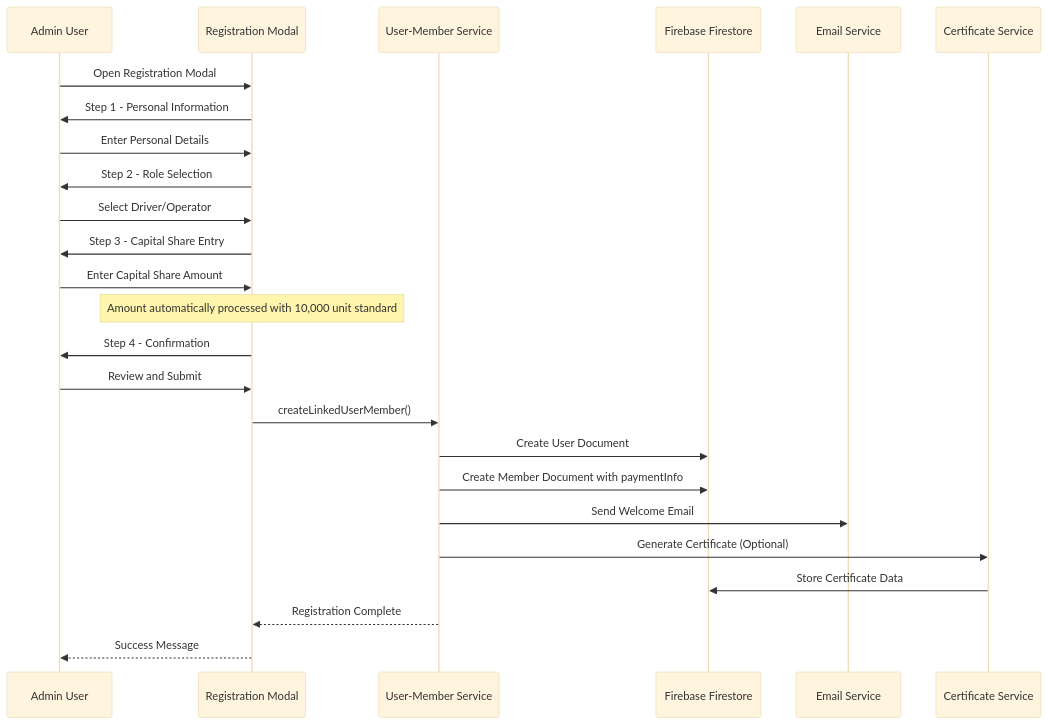
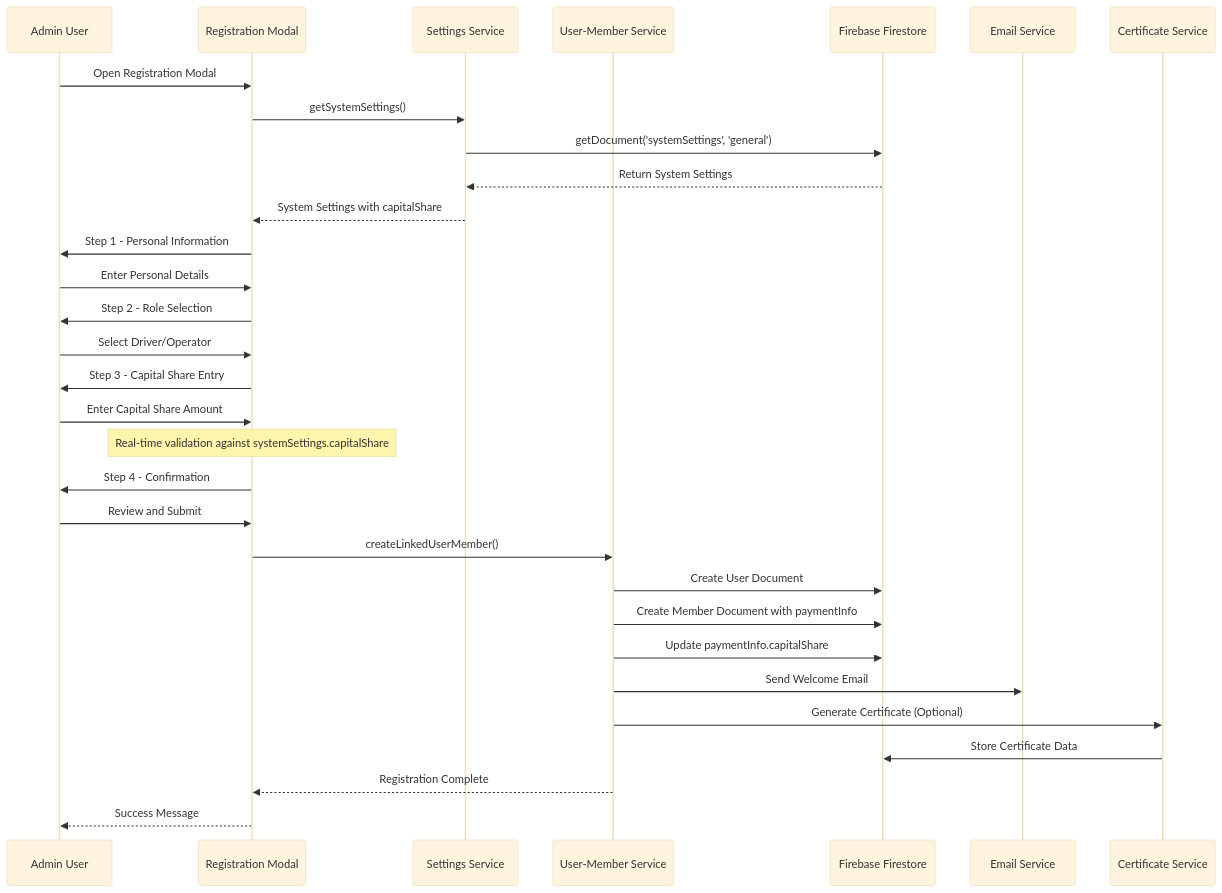
One commit to Unsure-bry/sampacoop_system changed the eighth of 18 diagrams in .qoder/repowiki/en/content/Project Overview/Core Features & Functionality/Administrative Features/Capital Shares Management System.md. Above: the diagram before and after it, drawn with Mermaid (base theme). The commit also changed other lines of this file and 5 other files, not shown here.

````diff
--- a/.qoder/repowiki/en/content/Project Overview/Core Features & Functionality/Administrative Features/Capital Shares Management System.md
+++ b/.qoder/repowiki/en/content/Project Overview/Core Features & Functionality/Administrative Features/Capital Shares Management System.md
@@ -386,27 +486,33 @@
 ```mermaid
 sequenceDiagram
 participant Admin as Admin User
 participant Modal as Registration Modal
-participant Service as User-Member Service
+participant SettingsService as Settings Service
+participant UserMemberService as User-Member Service
 participant Firestore as Firebase Firestore
 participant Email as Email Service
 participant Certificate as Certificate Service
 Admin->>Modal : Open Registration Modal
+Modal->>SettingsService : getSystemSettings()
+SettingsService->>Firestore : getDocument('systemSettings', 'general')
+Firestore-->>SettingsService : Return System Settings
+SettingsService-->>Modal : System Settings with capitalShare
 Modal->>Admin : Step 1 - Personal Information
 Admin->>Modal : Enter Personal Details
 Modal->>Admin : Step 2 - Role Selection
 Admin->>Modal : Select Driver/Operator
 Modal->>Admin : Step 3 - Capital Share Entry
 Admin->>Modal : Enter Capital Share Amount
-Note over Modal : Amount automatically processed with 10,000 unit standard
+Note over Modal : Real-time validation against systemSettings.capitalShare
 Modal->>Admin : Step 4 - Confirmation
 Admin->>Modal : Review and Submit
-Modal->>Service : createLinkedUserMember()
-Service->>Firestore : Create User Document
-Service->>Firestore : Create Member Document with paymentInfo
-Service->>Email : Send Welcome Email
-Service->>Certificate : Generate Certificate (Optional)
+Modal->>UserMemberService : createLinkedUserMember()
+UserMemberService->>Firestore : Create User Document
+UserMemberService->>Firestore : Create Member Document with paymentInfo
+UserMemberService->>Firestore : Update paymentInfo.capitalShare
+UserMemberService->>Email : Send Welcome Email
+UserMemberService->>Certificate : Generate Certificate (Optional)
 Certificate->>Firestore : Store Certificate Data
-Service-->>Modal : Registration Complete
+UserMemberService-->>Modal : Registration Complete
 Modal-->>Admin : Success Message
 ```
````
